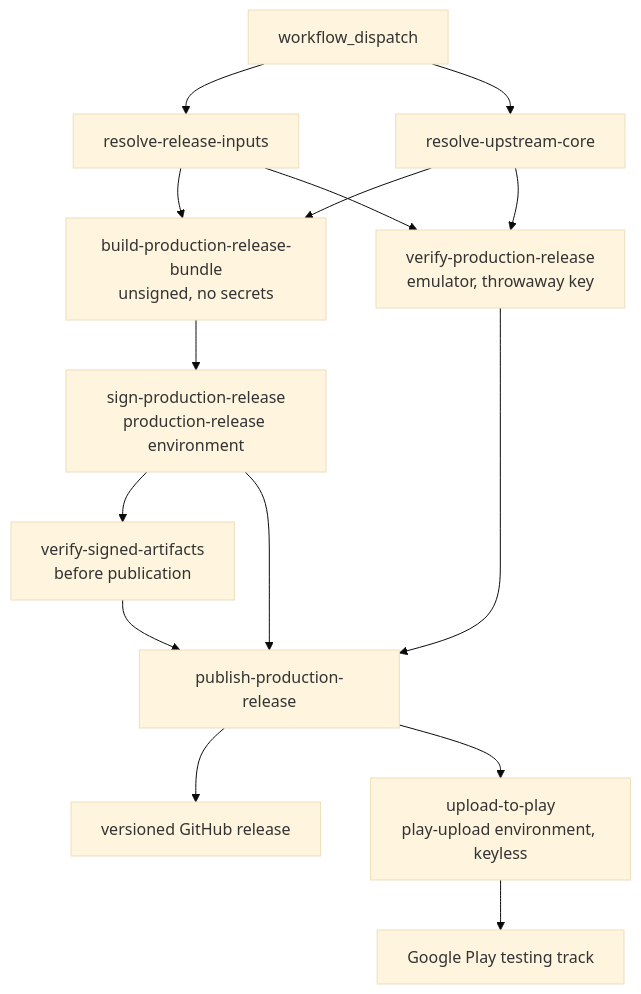
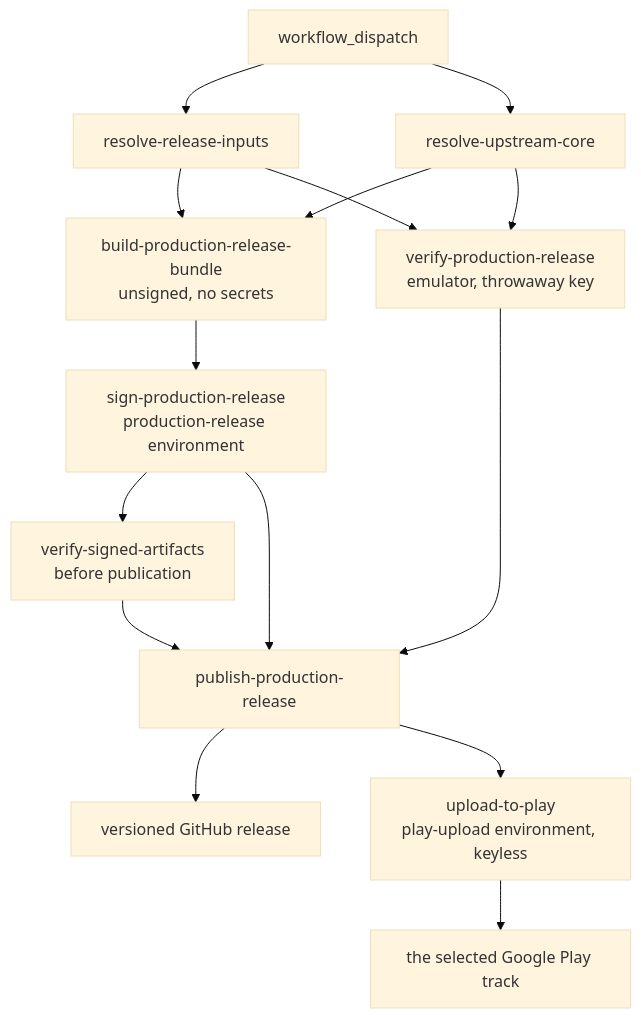
Before and after one commit to ppigazzini/r47zen: the second of 2 diagrams in android/docs/dev/07-ci-and-release-workflow.md, drawn with Mermaid (base theme). The commit also changed other lines of this file and 3 other files, not shown here.

````diff
--- a/android/docs/dev/07-ci-and-release-workflow.md
+++ b/android/docs/dev/07-ci-and-release-workflow.md
@@ -557,29 +557,29 @@
 ```mermaid
 flowchart TD
   A[workflow_dispatch]
   B[resolve-release-inputs]
   C[resolve-upstream-core]
   E[build-production-release-bundle<br/>unsigned, no secrets]
   S[sign-production-release<br/>production-release environment]
   V[verify-production-release<br/>emulator, throwaway key]
   W[verify-signed-artifacts<br/>before publication]
   I[publish-production-release]
   J[versioned GitHub release]
   P[upload-to-play<br/>play-upload environment, keyless]
-  K[Google Play testing track]
+  K[the selected Google Play track]
 
   A --> B
   A --> C
   B --> E
   C --> E
   E --> S
   B --> V
   C --> V
   S --> W
   S --> I
   V --> I
   W --> I
   I --> J
   I --> P
   P --> K
 ```
````
